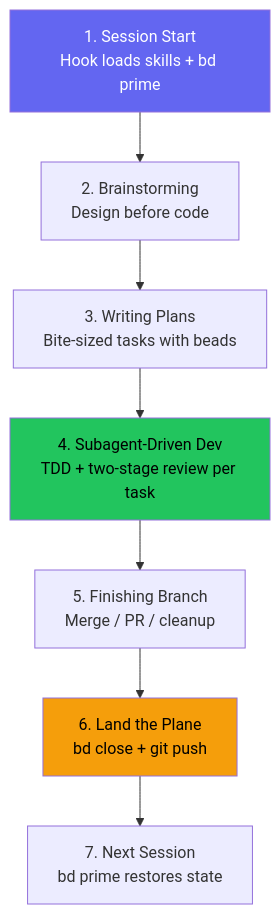
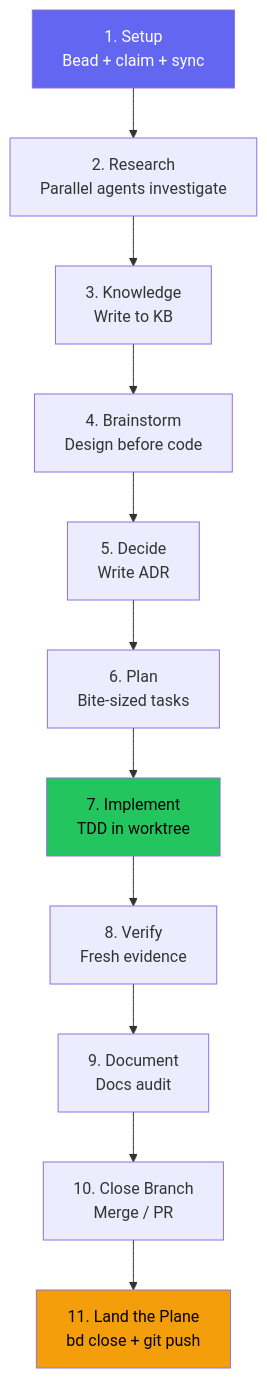
Before and after one commit to DollarDill/beads-superpowers: the second of 2 diagrams in docs-src/methodology.md, drawn with Mermaid. The commit also changed other lines of this file, not shown here.

````diff
--- a/docs-src/methodology.md
+++ b/docs-src/methodology.md
@@ -137,13 +151,17 @@
 ```mermaid
 graph TD
-  Step1["1. Session Start<br/>Hook loads skills + bd prime"] --> Step2["2. Brainstorming<br/>Design before code"]
-  Step2 --> Step3["3. Writing Plans<br/>Bite-sized tasks with beads"]
-  Step3 --> Step4["4. Subagent-Driven Dev<br/>TDD + two-stage review per task"]
-  Step4 --> Step5["5. Finishing Branch<br/>Merge / PR / cleanup"]
-  Step5 --> Step6["6. Land the Plane<br/>bd close + git push"]
-  Step6 --> Step7["7. Next Session<br/>bd prime restores state"]
+  Step1["1. Setup<br/>Bead + claim + sync"] --> Step2["2. Research<br/>Parallel agents investigate"]
+  Step2 --> Step3["3. Knowledge<br/>Write to KB"]
+  Step3 --> Step4["4. Brainstorm<br/>Design before code"]
+  Step4 --> Step5["5. Decide<br/>Write ADR"]
+  Step5 --> Step6["6. Plan<br/>Bite-sized tasks"]
+  Step6 --> Step7["7. Implement<br/>TDD in worktree"]
+  Step7 --> Step8["8. Verify<br/>Fresh evidence"]
+  Step8 --> Step9["9. Document<br/>Docs audit"]
+  Step9 --> Step10["10. Close Branch<br/>Merge / PR"]
+  Step10 --> Step11["11. Land the Plane<br/>bd close + git push"]
 
   style Step1 fill:#6366f1,color:#fff
-  style Step4 fill:#22c55e,color:#000
-  style Step6 fill:#f59e0b,color:#000
+  style Step7 fill:#22c55e,color:#000
+  style Step11 fill:#f59e0b,color:#000
 ```
````
